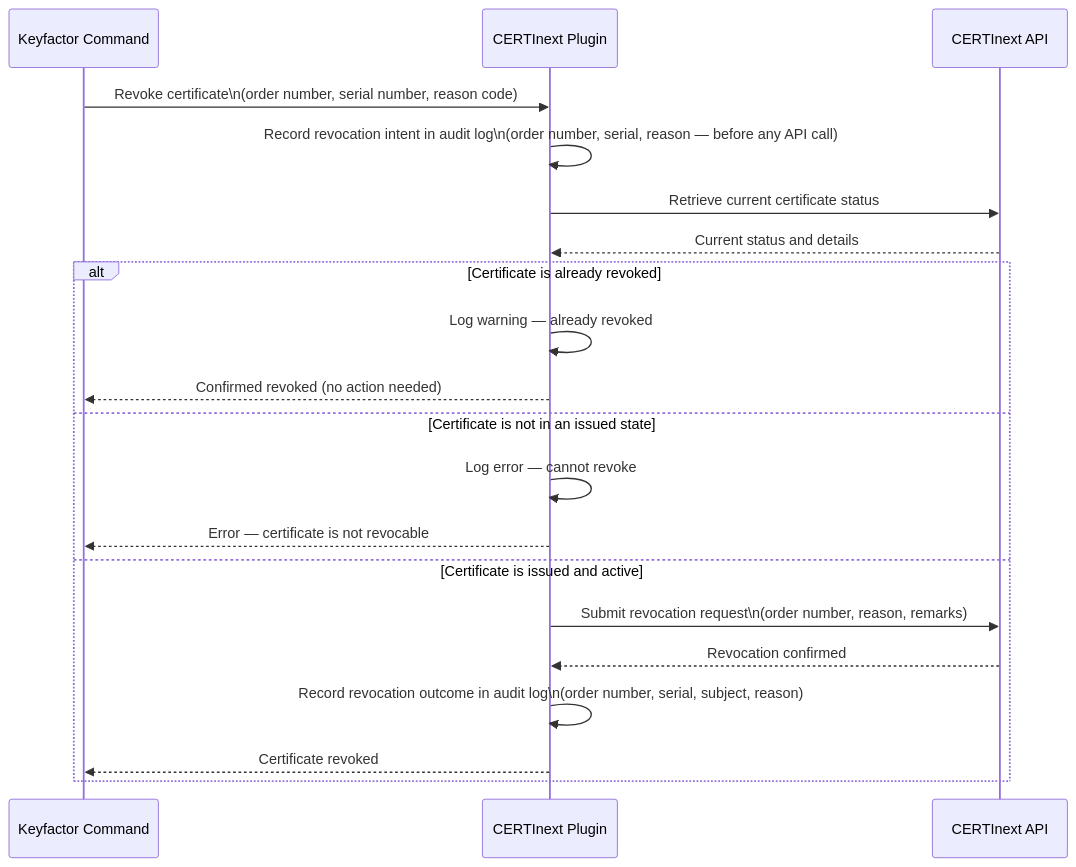
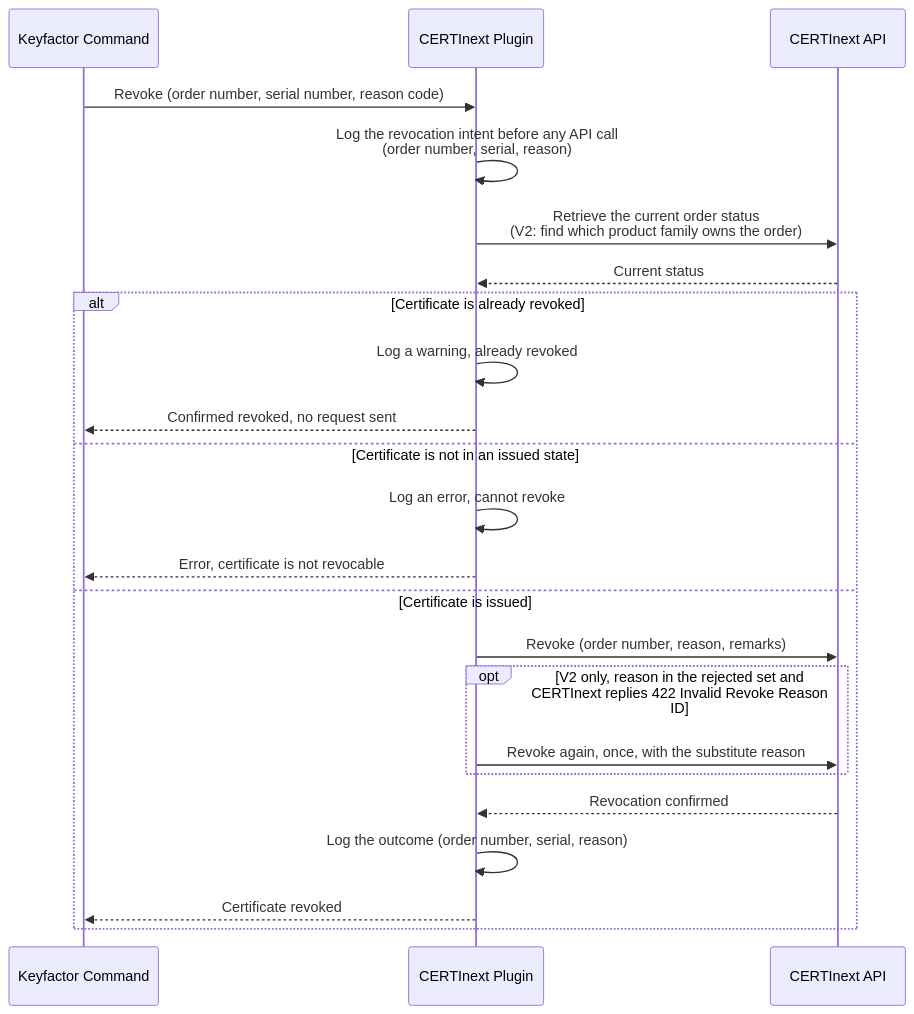
The ninth of 10 diagrams in docsource/architecture.md (Keyfactor/certinext-caplugin), drawn with Mermaid before and after one commit. The commit also changed other lines of this file and 2 other files, not shown here.

Commit message:
docs: correct architecture diagrams, migration guide, and developer guide against the code

````diff
--- a/docsource/architecture.md
+++ b/docsource/architecture.md
@@ -311,26 +406,28 @@
 ```mermaid
 sequenceDiagram
     participant CMD as Keyfactor Command
     participant Plugin as CERTInext Plugin
     participant API as CERTInext API
 
-    CMD->>Plugin: Revoke certificate\n(order number, serial number, reason code)
-    Plugin->>Plugin: Record revocation intent in audit log\n(order number, serial, reason — before any API call)
+    CMD->>Plugin: Revoke (order number, serial number, reason code)
+    Plugin->>Plugin: Log the revocation intent before any API call<br/>(order number, serial, reason)
 
-    Plugin->>API: Retrieve current certificate status
-    API-->>Plugin: Current status and details
+    Plugin->>API: Retrieve the current order status<br/>(V2: find which product family owns the order)
+    API-->>Plugin: Current status
 
     alt Certificate is already revoked
-        Plugin->>Plugin: Log warning — already revoked
-        Plugin-->>CMD: Confirmed revoked (no action needed)
+        Plugin->>Plugin: Log a warning, already revoked
+        Plugin-->>CMD: Confirmed revoked, no request sent
     else Certificate is not in an issued state
-        Plugin->>Plugin: Log error — cannot revoke
-        Plugin-->>CMD: Error — certificate is not revocable
-    else Certificate is issued and active
-        Plugin->>API: Submit revocation request\n(order number, reason, remarks)
+        Plugin->>Plugin: Log an error, cannot revoke
+        Plugin-->>CMD: Error, certificate is not revocable
+    else Certificate is issued
+        Plugin->>API: Revoke (order number, reason, remarks)
+        opt V2 only, reason in the rejected set and CERTInext replies 422 Invalid Revoke Reason ID
+            Plugin->>API: Revoke again, once, with the substitute reason
+        end
         API-->>Plugin: Revocation confirmed
-
-        Plugin->>Plugin: Record revocation outcome in audit log\n(order number, serial, subject, reason)
+        Plugin->>Plugin: Log the outcome (order number, serial, reason)
         Plugin-->>CMD: Certificate revoked
     end
 ```
````
